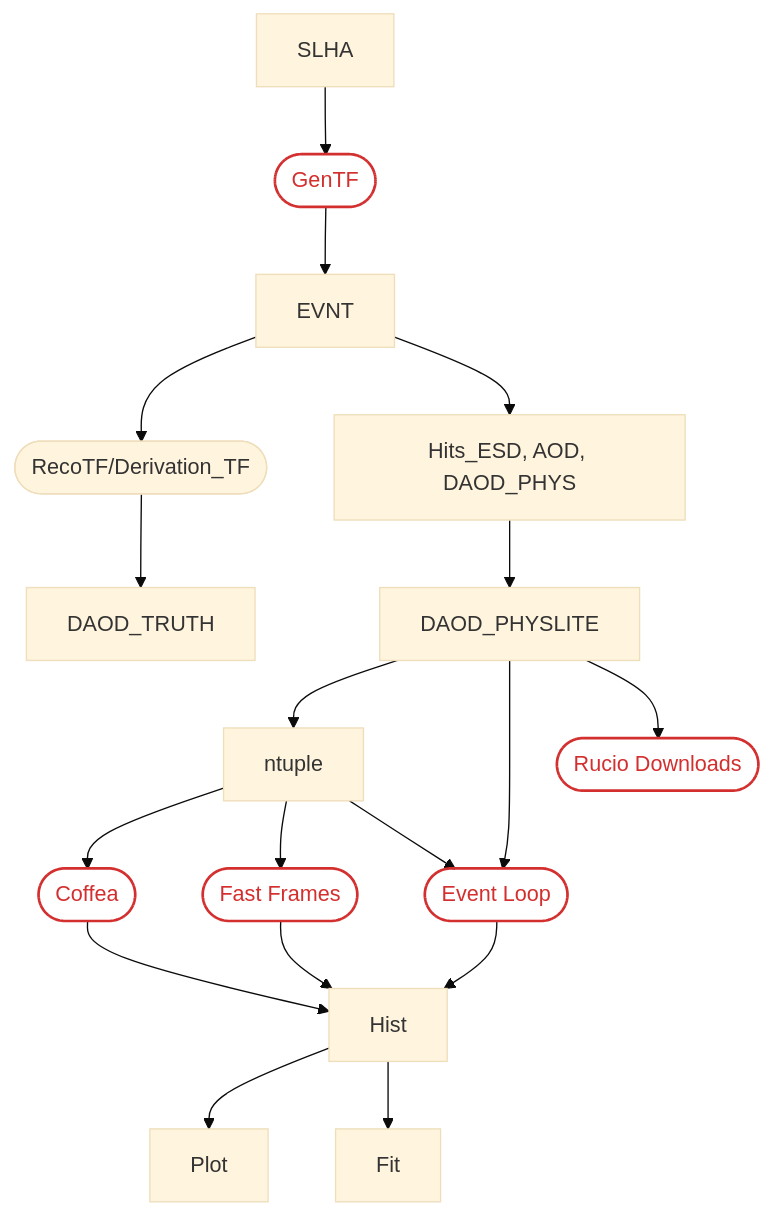
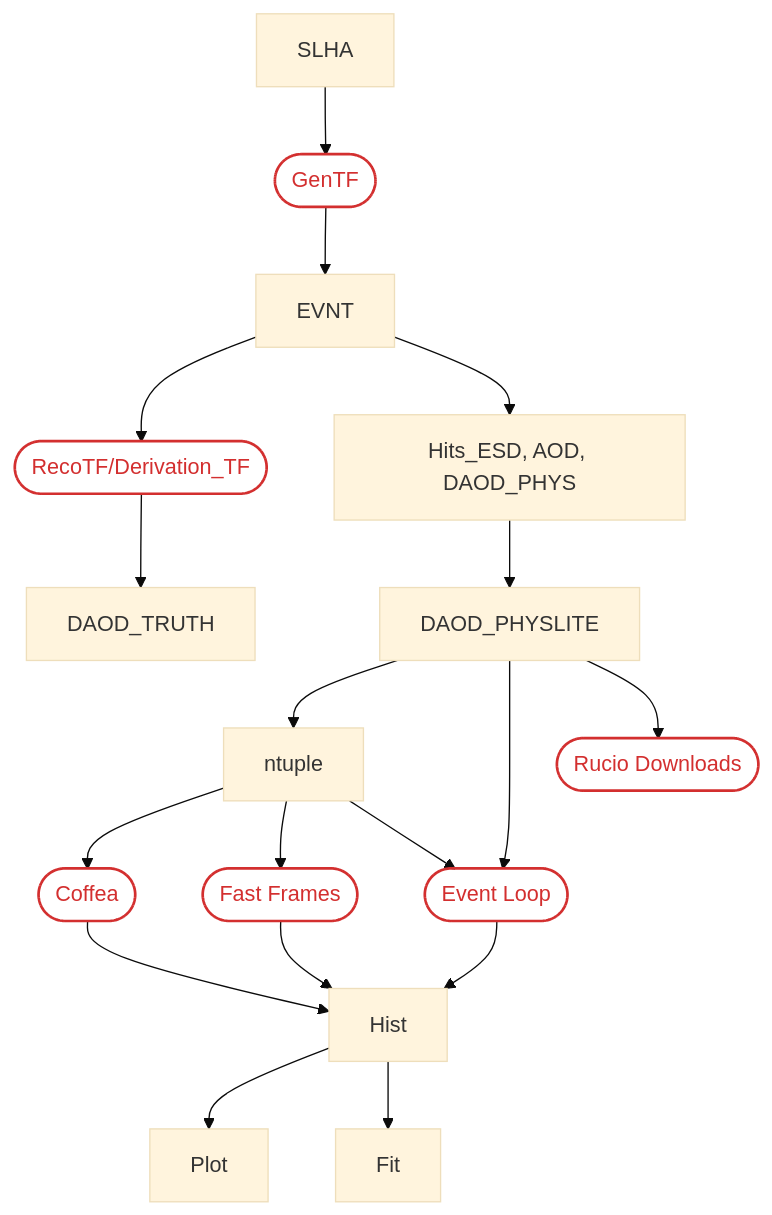
Before and after one commit to usatlas/AF-Benchmarking: the diagram in docs/flowChart.md, drawn with Mermaid (base theme).

````diff
--- a/docs/flowChart.md
+++ b/docs/flowChart.md
@@ -1,42 +1,42 @@
 ```mermaid
 flowchart TD
     SLHA --> GenTF
     GenTF --> EVNT
     EVNT --> RecoTF/Derivation_TF
     RecoTF/Derivation_TF --> DAOD_TRUTH
     Event_Loop --> Hist
 
     EVNT--> bash["Hits_ESD, AOD, DAOD_PHYS"]
     bash["Hits_ESD, AOD, DAOD_PHYS"] --> DAOD_PHYSLITE
 
     ntuple --> Coffea
     Coffea --> Hist
 
     ntuple --> Fast_Frames
     Fast_Frames --> Hist
 
     ntuple --> Event_Loop
     DAOD_PHYSLITE --> ntuple
     DAOD_PHYSLITE --> Event_Loop
     DAOD_PHYSLITE --> Rucio_Downloads
 
     Hist --> Plot
     Hist --> Fit
 
     click Event_Loop "https://github.com/usatlas/AF-Benchmarking/tree/main/event_loop" "Event Loop documentation"
     click Coffea "https://github.com/usatlas/AF-Benchmarking/tree/main/NTuple_Hist/coffea" "Coffea documentation"
     click Fast_Frames "https://github.com/usatlas/AF-Benchmarking/tree/main/NTuple_Hist/fastframes" "Fast Frames documentation"
     click Rucio_Downloads "https://github.com/usatlas/AF-Benchmarking/blob/main/Rucio/rucio_script.sh" "'Rucio Downloads' Script"
     click GenTF "https://github.com/usatlas/AF-Benchmarking/tree/main/EVNT" "EVNT Job Scripts"
     click RecoTF/Derivation_TF "https://github.com/usatlas/AF-Benchmarking/tree/main/TRUTH3" "TRUTH3 Job Scripts"
 
     Event_Loop(["Event Loop"])
     Coffea(["Coffea"])
     Fast_Frames(["Fast Frames"])
     Rucio_Downloads(["Rucio Downloads"])
     GenTF(["GenTF"])
     RecoTF/Derivation_TF(["RecoTF/Derivation_TF"])
     
     classDef method fill:transparent,stroke:#d32f2f,stroke-width:2px,color:#d32f2f;
-    class Event_Loop,Coffea,Fast_Frames,Rucio_Downloads,GenTF,RecoTF method;
+    class Event_Loop,Coffea,Fast_Frames,Rucio_Downloads,GenTF,RecoTF/Derivation_TF method;
 ```
````
